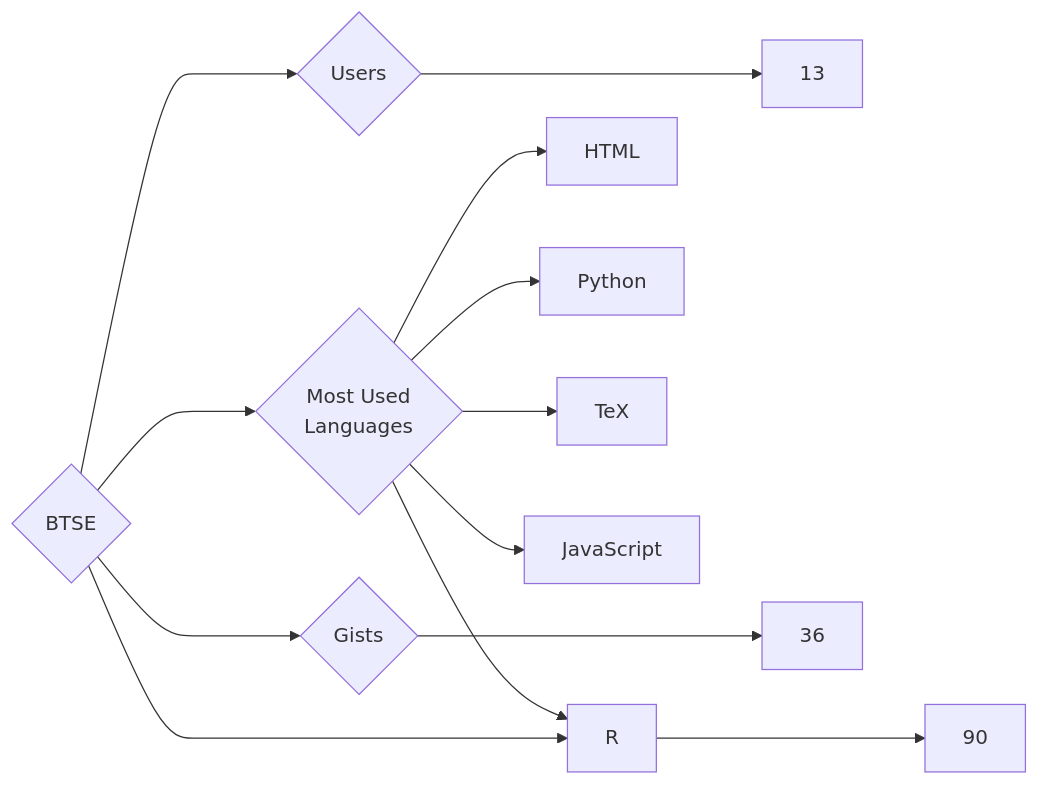
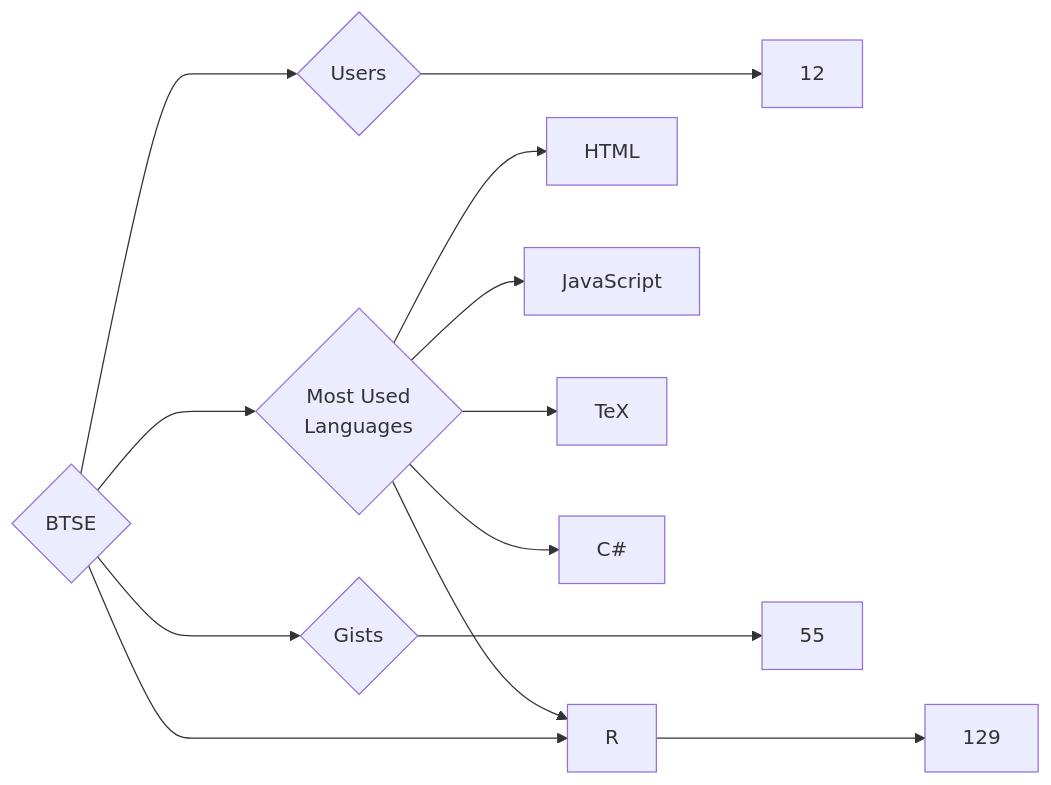
One commit to trickest/insiders changed the diagram in targets/BTSE/README.md. Above: the diagram before and after it, drawn with Mermaid. The commit also changed 1089 other files, not shown here.

````diff
--- a/targets/BTSE/README.md
+++ b/targets/BTSE/README.md
@@ -3,13 +3,13 @@
 ```mermaid
 graph LR
 COMPANY_NAME{BTSE}
-COMPANY_NAME ---> U{Users} ---> UN[13]
-COMPANY_NAME ---> R{Repositories} ---> RN[90]
-COMPANY_NAME ---> G{Gists} ---> GN[36]
+COMPANY_NAME ---> U{Users} ---> UN[12]
+COMPANY_NAME ---> R{Repositories} ---> RN[129]
+COMPANY_NAME ---> G{Gists} ---> GN[55]
 COMPANY_NAME ---> ML{Most Used<br>Languages}
 ML --> HTML[HTML]
+ML --> JavaScript[JavaScript]
 ML --> R[R]
-ML --> Python[Python]
 ML --> TeX[TeX]
-ML --> JavaScript[JavaScript]
+ML --> C#[C#]
 ```
````
